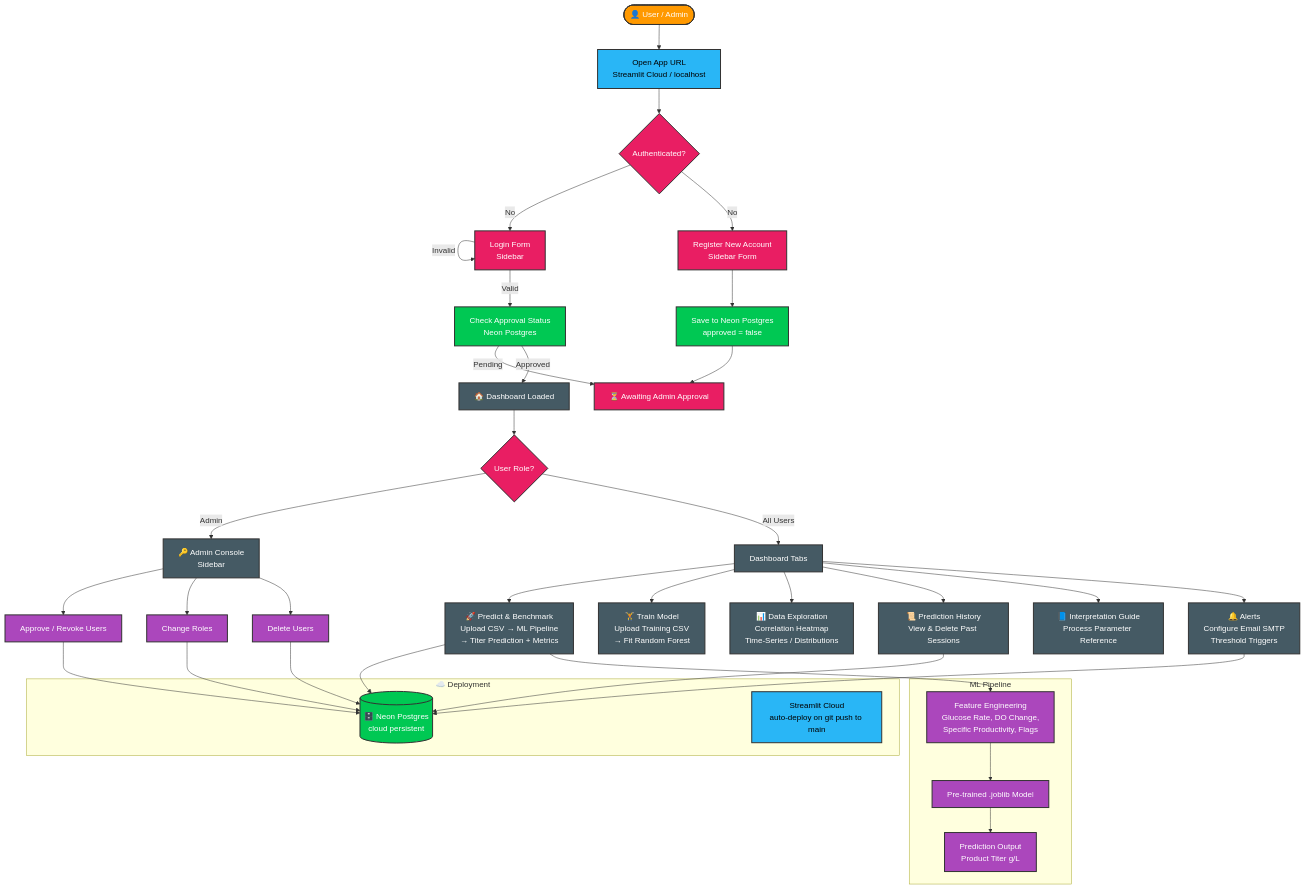
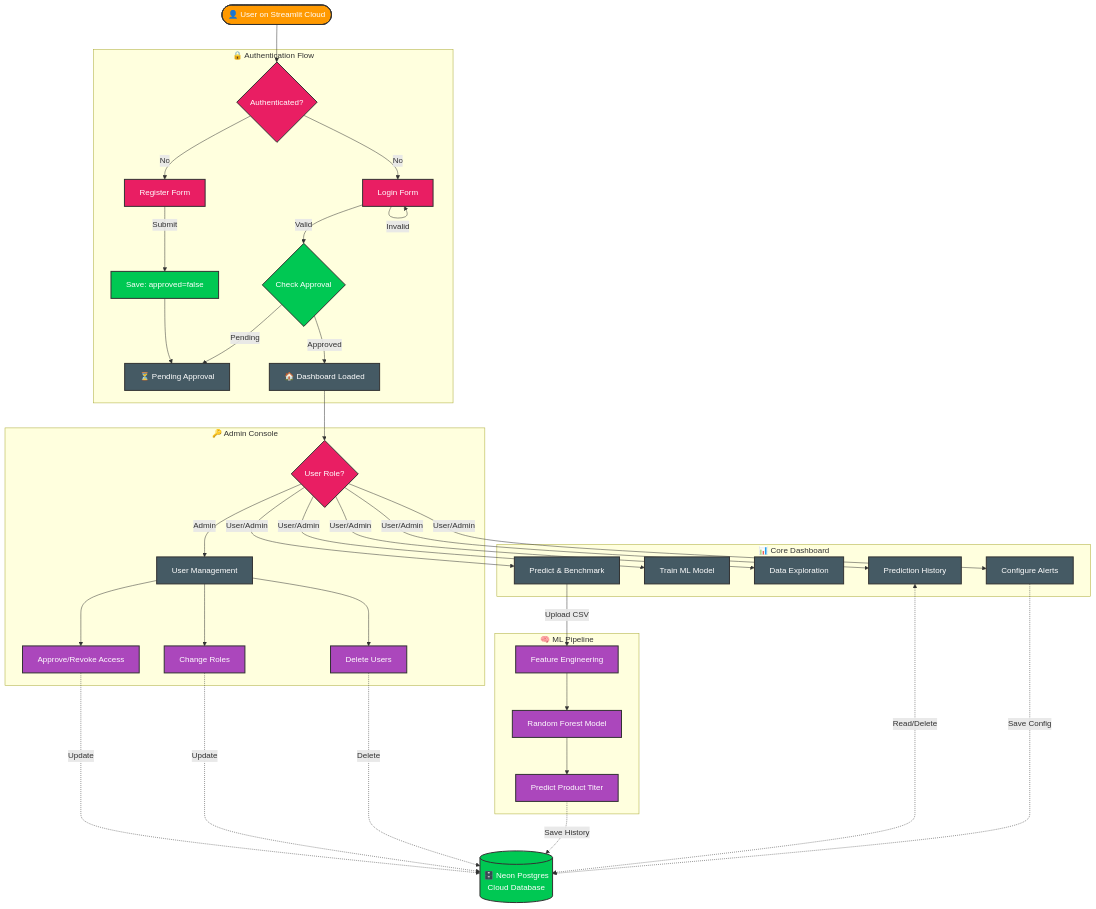
The diagram in README.md (nellurisairam/BioNexus-ML), drawn with Mermaid before and after one commit.

Commit message:
Organize Mermaid flowchart with logical subgraphs and arrows

````diff
--- a/README.md
+++ b/README.md
@@ -18,60 +18,58 @@
 ```mermaid
 flowchart TD
     %% Styling
     classDef user fill:#ff9900,stroke:#333,stroke-width:2px,color:#fff
     classDef auth fill:#e91e63,stroke:#333,stroke-width:2px,color:#fff
     classDef db fill:#00c853,stroke:#333,stroke-width:2px,color:#fff
     classDef cloud fill:#29b6f6,stroke:#333,stroke-width:2px,color:#000
     classDef action fill:#ab47bc,stroke:#333,stroke-width:2px,color:#fff
     classDef page fill:#455a64,stroke:#333,stroke-width:2px,color:#fff
 
-    A([👤 User / Admin]):::user --> B[Open App URL\nStreamlit Cloud / localhost]:::cloud
-    B --> C{Authenticated?}:::auth
+    A([👤 User on Streamlit Cloud]):::user --> B{Authenticated?}:::auth
 
-    C -- No --> D[Login Form\nSidebar]:::auth
-    D -- Invalid --> D
-    D -- Valid --> E[Check Approval Status\nNeon Postgres]:::db
-    E -- Pending --> F[⏳ Awaiting Admin Approval]:::auth
-    E -- Approved --> G[🏠 Dashboard Loaded]:::page
-
-    C -- No --> H[Register New Account\nSidebar Form]:::auth
-    H --> I[Save to Neon Postgres\napproved = false]:::db
-    I --> F
-
-    G --> J{User Role?}:::auth
-
-    J -- Admin --> K[🔑 Admin Console\nSidebar]:::page
-    K --> K1[Approve / Revoke Users]:::action
-    K --> K2[Change Roles]:::action
-    K --> K3[Delete Users]:::action
-
-    J -- All Users --> L[Dashboard Tabs]:::page
-
-    L --> T1[🚀 Predict & Benchmark\nUpload CSV → ML Pipeline\n→ Titer Prediction + Metrics]:::page
-    L --> T2[🏋️ Train Model\nUpload Training CSV\n→ Fit Random Forest]:::page
-    L --> T3[📊 Data Exploration\nCorrelation Heatmap\nTime-Series / Distributions]:::page
-    L --> T4[📜 Prediction History\nView & Delete Past Sessions]:::page
-    L --> T5[📘 Interpretation Guide\nProcess Parameter Reference]:::page
-    L --> T6[🔔 Alerts\nConfigure Email SMTP\nThreshold Triggers]:::page
-
-    T1 --> DB[(🗄️ Neon Postgres\ncloud persistent)]:::db
-    T4 --> DB
-    T6 --> DB
-    K1 --> DB
-    K2 --> DB
-    K3 --> DB
-
-    subgraph Deployment["☁️ Deployment"]
-        SC[Streamlit Cloud\nauto-deploy on git push to main]:::cloud
-        DB
+    subgraph Auth ["🔒 Authentication Flow"]
+        B -- "No" --> C[Login Form]:::auth
+        C -- "Invalid" --> C
+        
+        B -- "No" --> D[Register Form]:::auth
+        D -- "Submit" --> E[Save: approved=false]:::db
+        E --> F[⏳ Pending Approval]:::page
+        
+        C -- "Valid" --> G{Check Approval}:::db
+        G -- "Pending" --> F
+        G -- "Approved" --> H[🏠 Dashboard Loaded]:::page
     end
 
-    subgraph ML Pipeline
-        M1[Pre-trained .joblib Model]:::action
-        M2[Feature Engineering\nGlucose Rate, DO Change,\nSpecific Productivity, Flags]:::action
-        M3[Prediction Output\nProduct Titer g/L]:::action
-        M2 --> M1 --> M3
+    H --> I{User Role?}:::auth
+
+    subgraph Admin ["🔑 Admin Console"]
+        I -- "Admin" --> J[User Management]:::page
+        J --> K[Approve/Revoke Access]:::action
+        J --> L[Change Roles]:::action
+        J --> M[Delete Users]:::action
     end
 
-    T1 --> M2
+    subgraph App ["📊 Core Dashboard"]
+        I -- "User/Admin" --> N[Predict & Benchmark]:::page
+        I -- "User/Admin" --> O[Train ML Model]:::page
+        I -- "User/Admin" --> P[Data Exploration]:::page
+        I -- "User/Admin" --> Q[Prediction History]:::page
+        I -- "User/Admin" --> R[Configure Alerts]:::page
+    end
+
+    subgraph ML ["🧠 ML Pipeline"]
+        N -- "Upload CSV" --> S[Feature Engineering]:::action
+        S --> T[Random Forest Model]:::action
+        T --> U[Predict Product Titer]:::action
+    end
+
+    DB[(🗄️ Neon Postgres\nCloud Database)]:::db
+
+    %% Database Data Flow
+    K -.->|Update| DB
+    L -.->|Update| DB
+    M -.->|Delete| DB
+    U -.->|Save History| DB
+    Q <.->|Read/Delete| DB
+    R -.->|Save Config| DB
 ```
````
